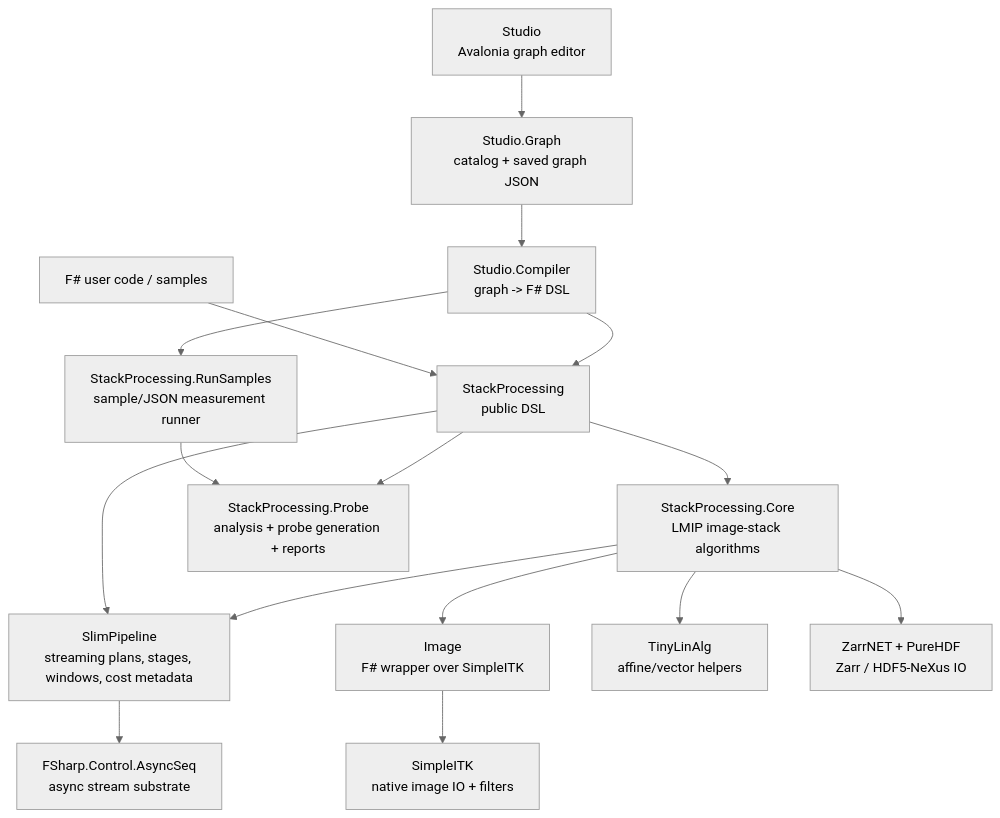
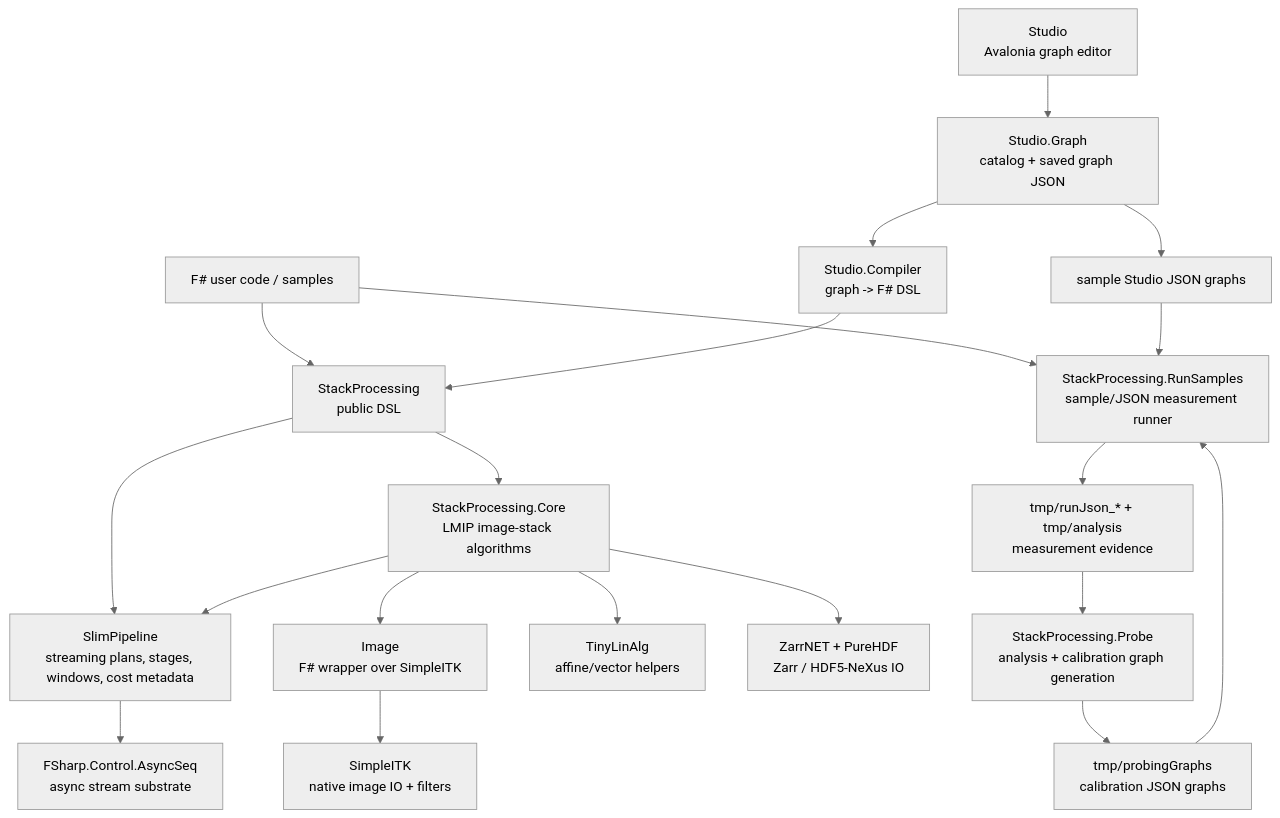
The diagram in README.md (sporring/stackProcessing), drawn with Mermaid (neutral theme) before and after one commit. The commit also changed other lines of this file and 1 other file, not shown here.

Commit message:
running first real trial

````diff
--- a/README.md
+++ b/README.md
@@ -153,35 +158,42 @@
 ```mermaid
 flowchart TD
     UserFSharp["F# user code / samples"]
+    SampleJson["sample Studio JSON graphs"]
     Studio["Studio\nAvalonia graph editor"]
     StudioGraph["Studio.Graph\ncatalog + saved graph JSON"]
     StudioCompiler["Studio.Compiler\ngraph -> F# DSL"]
     StackProcessing["StackProcessing\npublic DSL"]
     Core["StackProcessing.Core\nLMIP image-stack algorithms"]
     Slim["SlimPipeline\nstreaming plans, stages, windows, cost metadata"]
     AsyncSeq["FSharp.Control.AsyncSeq\nasync stream substrate"]
     Image["Image\nF# wrapper over SimpleITK"]
     SimpleITK["SimpleITK\nnative image IO + filters"]
     TinyLinAlg["TinyLinAlg\naffine/vector helpers"]
     ZarrNexus["ZarrNET + PureHDF\nZarr / HDF5-NeXus IO"]
     RunSamples["StackProcessing.RunSamples\nsample/JSON measurement runner"]
-    Probe["StackProcessing.Probe\nanalysis + probe generation + reports"]
+    TmpMeasurements["tmp/runJson_* + tmp/analysis\nmeasurement evidence"]
+    Probe["StackProcessing.Probe\nanalysis + calibration graph generation"]
+    ProbeGraphs["tmp/probingGraphs\ncalibration JSON graphs"]
 
     UserFSharp --> StackProcessing
     Studio --> StudioGraph
     StudioGraph --> StudioCompiler
+    StudioGraph --> SampleJson
     StudioCompiler --> StackProcessing
 
     StackProcessing --> Core
     StackProcessing --> Slim
     Core --> Slim
     Slim --> AsyncSeq
     Core --> Image
     Image --> SimpleITK
     Core --> TinyLinAlg
     Core --> ZarrNexus
 
-    StudioCompiler --> RunSamples
-    RunSamples --> Probe
-    StackProcessing --> Probe
+    UserFSharp --> RunSamples
+    SampleJson --> RunSamples
+    RunSamples --> TmpMeasurements
+    TmpMeasurements --> Probe
+    Probe --> ProbeGraphs
+    ProbeGraphs --> RunSamples
 ```
````
